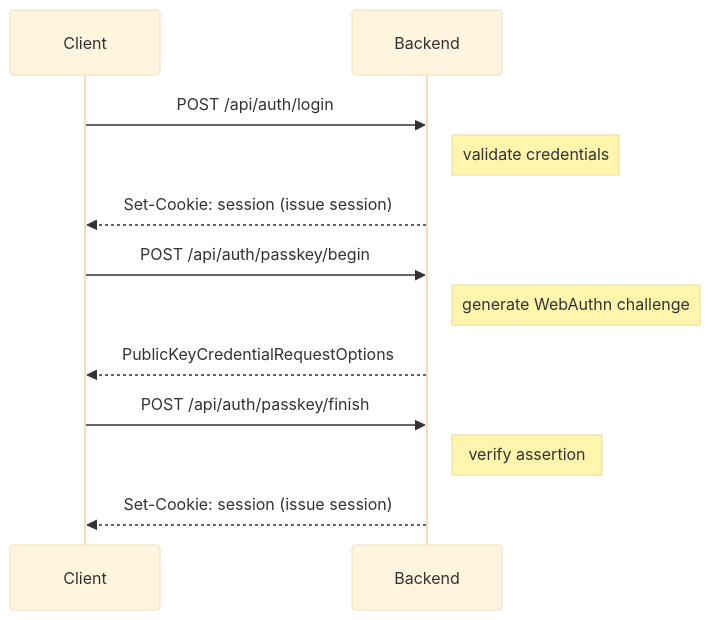
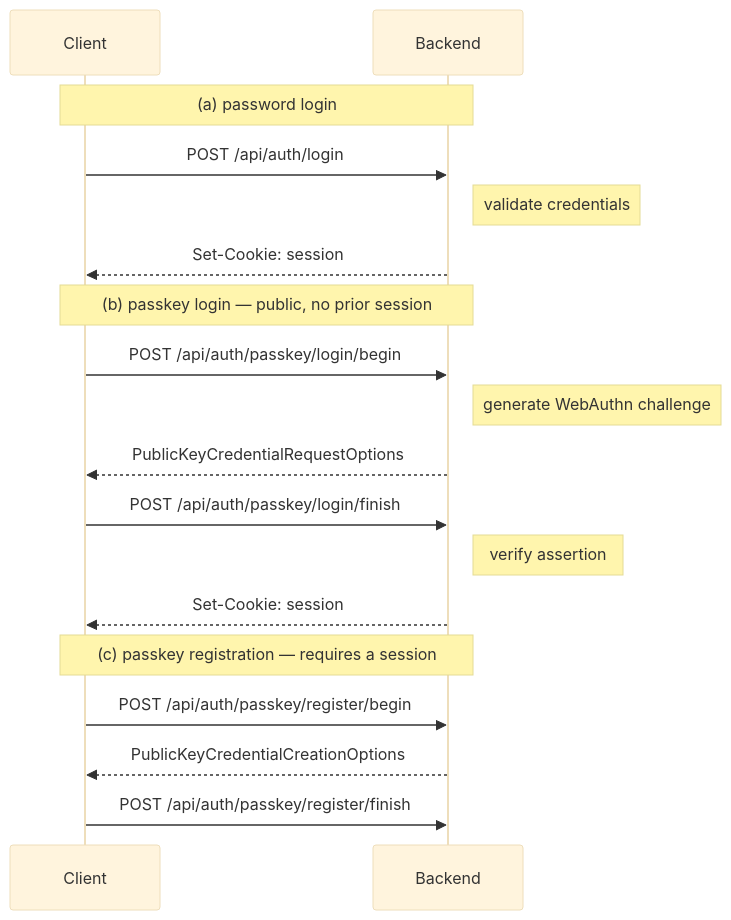
Before and after one commit to vul-os/vulos: the second of 6 diagrams in docs/ARCHITECTURE.md, drawn with Mermaid (base theme). The commit also changed other lines of this file, not shown here.

Commit message:
docs(architecture): the auth-flow diagram used two routes that do not exist, and the cookie line was wrong
/api/auth/passkey/begin and /finish are not registered; the real routes are
/api/auth/passkey/login/begin|finish (public) and .../register/begin|finish
(session-required). The diagram also chained password login into the passkey
exchange as if they were one sequence -- they are alternatives.

Session cookies are never SameSite=Strict. services/auth/handlers.go:788-808
sets SameSite=None+Secure over TLS and SameSite=Lax over plain HTTP, keyed on
r.TLS rather than the env mode. SECURITY.md:110 already had this right; this
file contradicted it.

````diff
--- a/docs/ARCHITECTURE.md
+++ b/docs/ARCHITECTURE.md
@@ -161,14 +166,20 @@
 ```mermaid
 sequenceDiagram
     participant Client
     participant Backend
+    Note over Client,Backend: (a) password login
     Client->>Backend: POST /api/auth/login
     Note right of Backend: validate credentials
-    Backend-->>Client: Set-Cookie: session (issue session)
-    Client->>Backend: POST /api/auth/passkey/begin
+    Backend-->>Client: Set-Cookie: session
+    Note over Client,Backend: (b) passkey login — public, no prior session
+    Client->>Backend: POST /api/auth/passkey/login/begin
     Note right of Backend: generate WebAuthn challenge
     Backend-->>Client: PublicKeyCredentialRequestOptions
-    Client->>Backend: POST /api/auth/passkey/finish
+    Client->>Backend: POST /api/auth/passkey/login/finish
     Note right of Backend: verify assertion
-    Backend-->>Client: Set-Cookie: session (issue session)
+    Backend-->>Client: Set-Cookie: session
+    Note over Client,Backend: (c) passkey registration — requires a session
+    Client->>Backend: POST /api/auth/passkey/register/begin
+    Backend-->>Client: PublicKeyCredentialCreationOptions
+    Client->>Backend: POST /api/auth/passkey/register/finish
 ```
````
